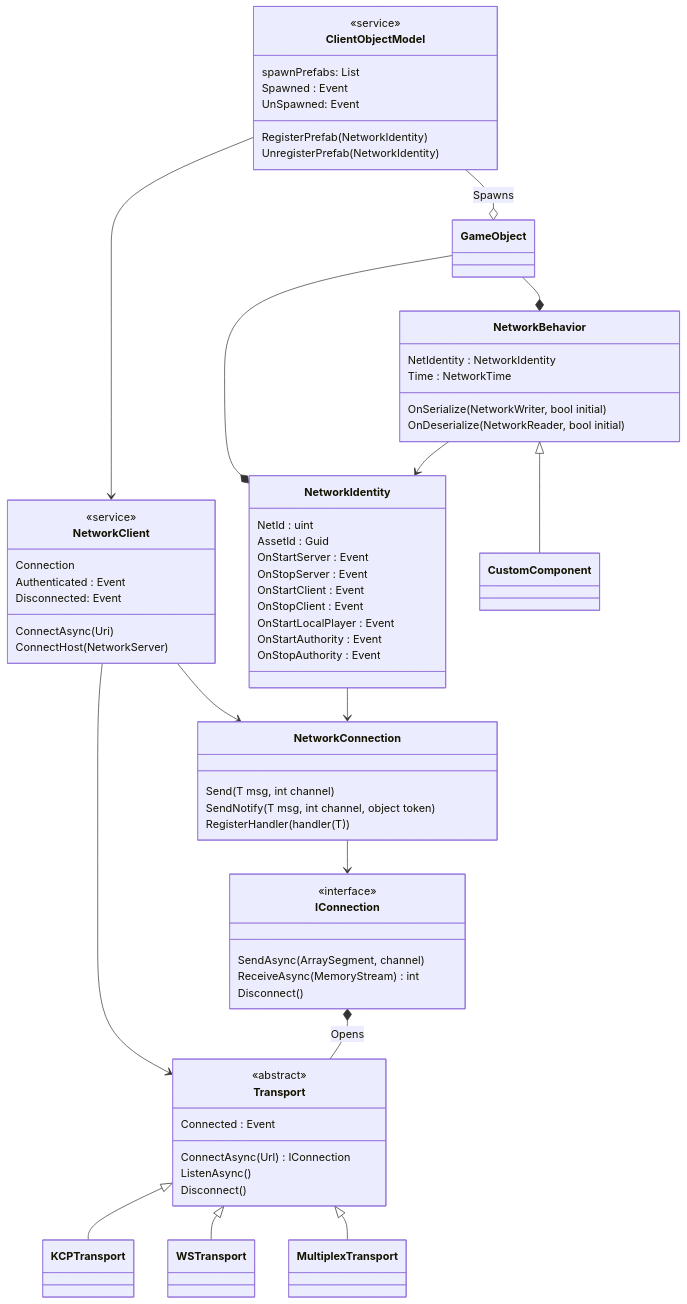
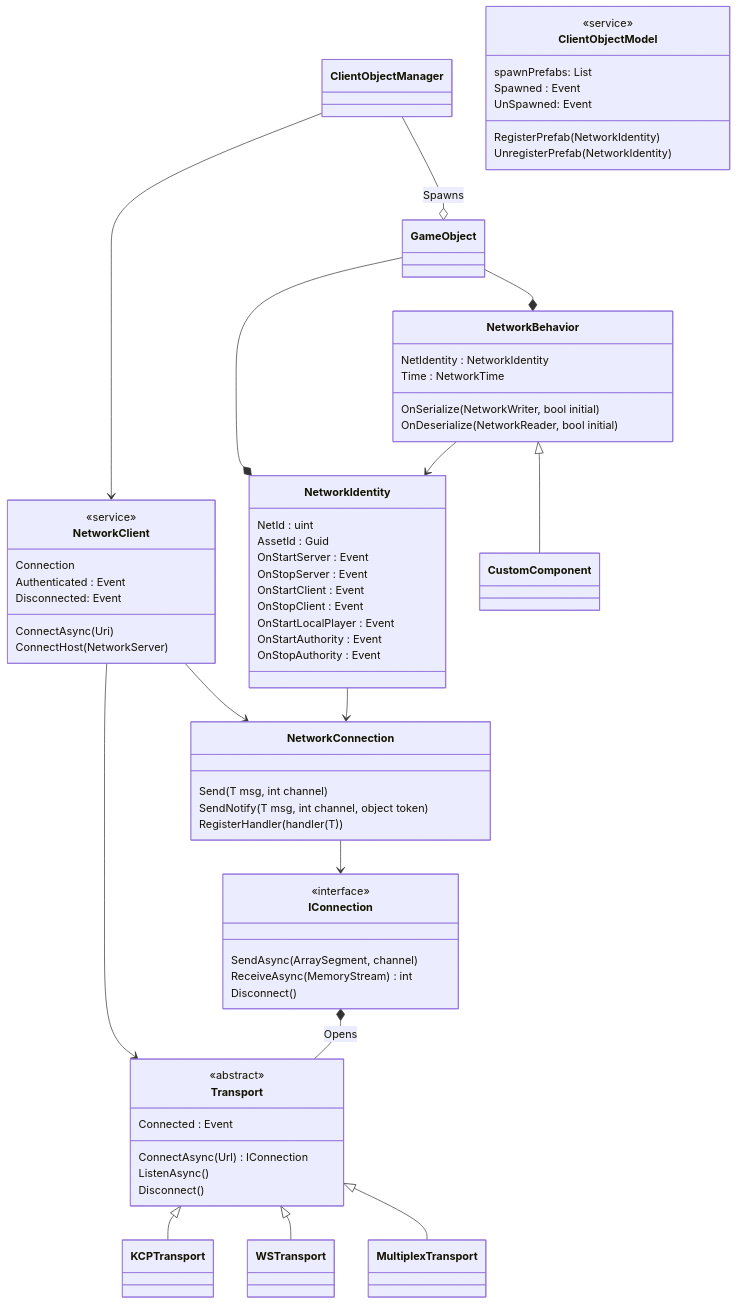
One commit to MirageNet/Mirage changed the diagram in doc/classdiagram.mermaid. Above: the diagram before and after it, drawn with Mermaid.

```diff
--- a/doc/classdiagram.mermaid
+++ b/doc/classdiagram.mermaid
@@ -1,80 +1,80 @@
 classDiagram
 
-    ClientObjectModel --> NetworkClient
+    ClientObjectManager --> NetworkClient
     NetworkClient --> Transport
 
     IConnection *-- Transport : Opens
     NetworkConnection --> IConnection
     NetworkClient --> NetworkConnection
 
-    ClientObjectModel --o GameObject : Spawns
+    ClientObjectManager --o GameObject : Spawns
     GameObject --* NetworkIdentity
     NetworkIdentity --> NetworkConnection
     GameObject --* NetworkBehavior
     NetworkBehavior --> NetworkIdentity
 
     Transport <|-- KCPTransport
     Transport <|-- WSTransport
     Transport <|-- MultiplexTransport
 
 
     class Transport {
         <<abstract>>
         <<service>>
         Connected : Event<IConnection>
         ConnectAsync(Url) IConnection
         ListenAsync()
         Disconnect()
     }
 
     class IConnection {
         <<interface>>
         SendAsync(ArraySegment<byte>, channel)
         ReceiveAsync(MemoryStream) int
         Disconnect()
     }
 
     class NetworkConnection {
         Send(T msg, int channel)
         SendNotify(T msg, int channel, object token)
         RegisterHandler(handler(T))
     }
 
     class NetworkClient {
         <<service>>
         Connection
         Authenticated : Event<INetworkConnection>
         Disconnected: Event<INetworkConnection>
         ConnectAsync(Uri)
         ConnectHost(NetworkServer)
     }
 
     class NetworkIdentity {
         NetId : uint
         AssetId : Guid
         OnStartServer : Event
         OnStopServer : Event
         OnStartClient : Event
         OnStopClient : Event
         OnStartLocalPlayer : Event
         OnStartAuthority : Event
         OnStopAuthority : Event
     }
 
     class NetworkBehavior {
         NetIdentity : NetworkIdentity
         Time : NetworkTime
         OnSerialize(NetworkWriter, bool initial)
         OnDeserialize(NetworkReader, bool initial)
     }
 
     NetworkBehavior <|-- CustomComponent
 
     class ClientObjectModel {
         <<service>>
         spawnPrefabs: List<NetworkIdentity>
         Spawned : Event
         UnSpawned: Event
         RegisterPrefab(NetworkIdentity)
         UnregisterPrefab(NetworkIdentity)
     }
```
